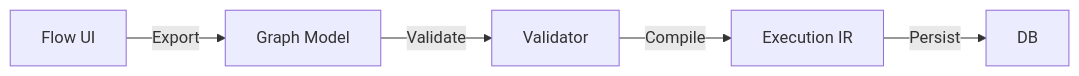
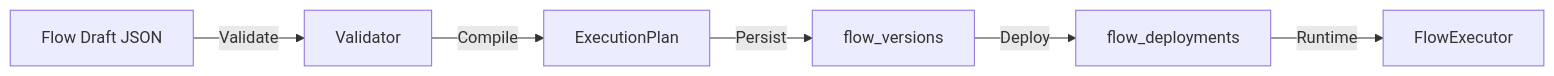
The diagram in docs/memory/05-flow-builder.md (sagargupta2001/ReAuth), drawn with Mermaid before and after one commit. The commit also changed other lines of this file and 12 other files, not shown here.

````diff
--- a/docs/memory/05-flow-builder.md
+++ b/docs/memory/05-flow-builder.md
@@ -13,7 +62,8 @@
 ```mermaid
 graph LR
-  UI[Flow UI] -->|Export| Graph[Graph Model]
-  Graph -->|Validate| Validator
-  Validator -->|Compile| IR[Execution IR]
-  IR -->|Persist| Storage[DB]
+  Draft[Flow Draft JSON] -->|Validate| Validator
+  Validator -->|Compile| ExecutionPlan
+  ExecutionPlan -->|Persist| flow_versions
+  flow_versions -->|Deploy| flow_deployments
+  flow_deployments -->|Runtime| FlowExecutor
 ```
````
